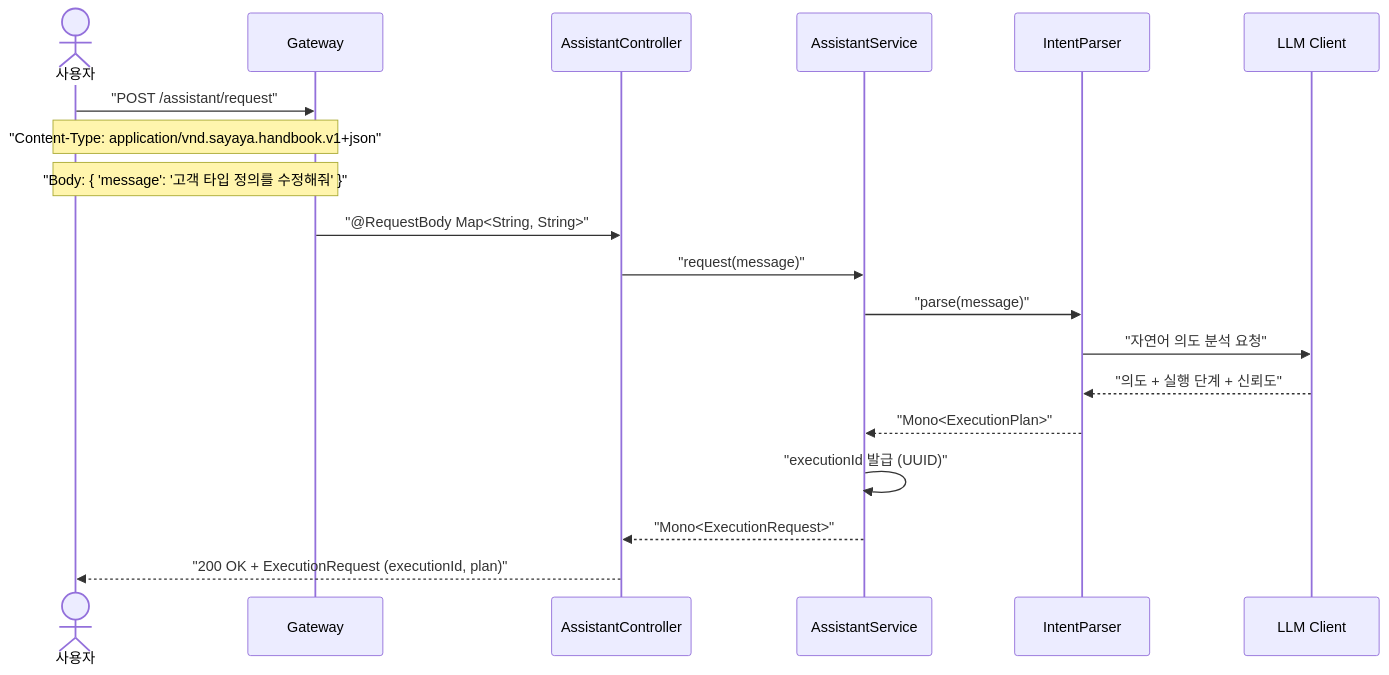
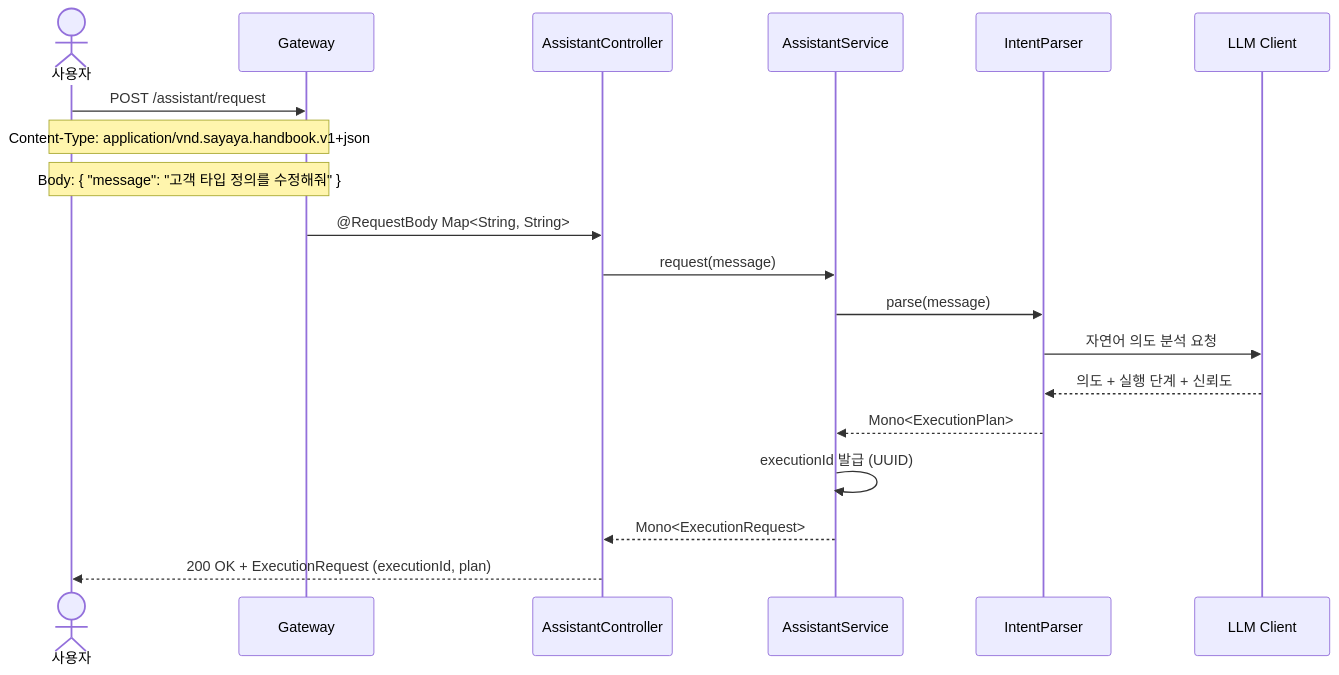
Before and after one commit to sayaya1090/handbook: the first of 13 diagrams in assistant/USECASE.md, drawn with Mermaid. The commit also changed other lines of this file and 58 other files, not shown here.

````diff
--- a/assistant/USECASE.md
+++ b/assistant/USECASE.md
@@ -5,22 +5,22 @@
 ```mermaid
 sequenceDiagram
     actor User as 사용자
     participant GW as Gateway
     participant Ctrl as AssistantController
     participant Svc as AssistantService
     participant Parser as IntentParser
     participant LLM as LLM Client
 
-    User->>GW: "POST /assistant/request"
-    Note over User,GW: "Content-Type: application/vnd.sayaya.handbook.v1+json"
-    Note over User,GW: "Body: { 'message': '고객 타입 정의를 수정해줘' }"
-    GW->>Ctrl: "@RequestBody Map<String, String>"
-    Ctrl->>Svc: "request(message)"
-    Svc->>Parser: "parse(message)"
-    Parser->>LLM: "자연어 의도 분석 요청"
-    LLM-->>Parser: "의도 + 실행 단계 + 신뢰도"
-    Parser-->>Svc: "Mono<ExecutionPlan>"
-    Svc->>Svc: "executionId 발급 (UUID)"
-    Svc-->>Ctrl: "Mono<ExecutionRequest>"
-    Ctrl-->>User: "200 OK + ExecutionRequest (executionId, plan)"
+    User->>GW: POST /assistant/request
+    Note over User,GW: Content-Type: application/vnd.sayaya.handbook.v1+json
+    Note over User,GW: Body: { "message": "고객 타입 정의를 수정해줘" }
+    GW->>Ctrl: @RequestBody Map<String, String>
+    Ctrl->>Svc: request(message)
+    Svc->>Parser: parse(message)
+    Parser->>LLM: 자연어 의도 분석 요청
+    LLM-->>Parser: 의도 + 실행 단계 + 신뢰도
+    Parser-->>Svc: Mono<ExecutionPlan>
+    Svc->>Svc: executionId 발급 (UUID)
+    Svc-->>Ctrl: Mono<ExecutionRequest>
+    Ctrl-->>User: 200 OK + ExecutionRequest (executionId, plan)
 ```
````
